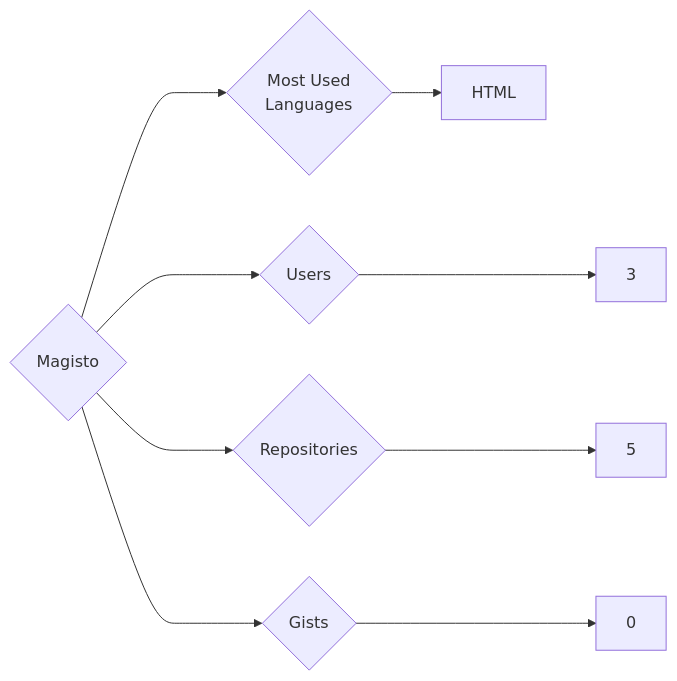
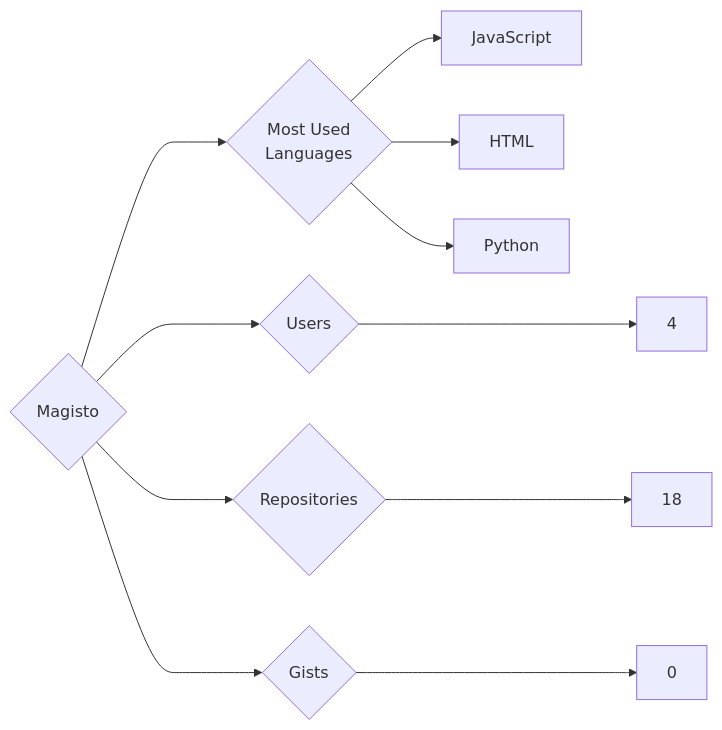
Before and after one commit to trickest/insiders: the diagram in targets/Magisto/README.md, drawn with Mermaid. The commit also changed 877 other files, not shown here.

````diff
--- a/targets/Magisto/README.md
+++ b/targets/Magisto/README.md
@@ -3,9 +3,11 @@
 ```mermaid
 graph LR
 COMPANY_NAME{Magisto}
-COMPANY_NAME ---> U{Users} ---> UN[3]
-COMPANY_NAME ---> R{Repositories} ---> RN[5]
+COMPANY_NAME ---> U{Users} ---> UN[4]
+COMPANY_NAME ---> R{Repositories} ---> RN[18]
 COMPANY_NAME ---> G{Gists} ---> GN[0]
 COMPANY_NAME ---> ML{Most Used<br>Languages}
+ML --> JavaScript[JavaScript]
 ML --> HTML[HTML]
+ML --> Python[Python]
 ```
````
